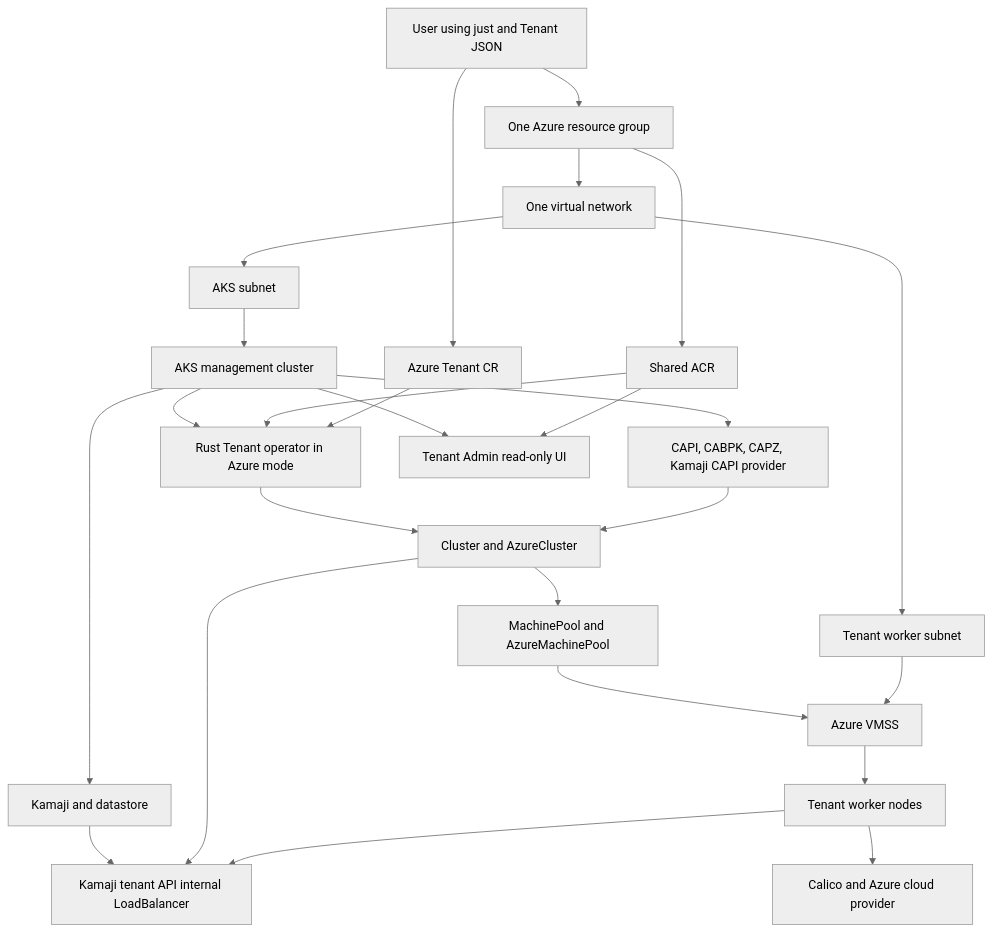
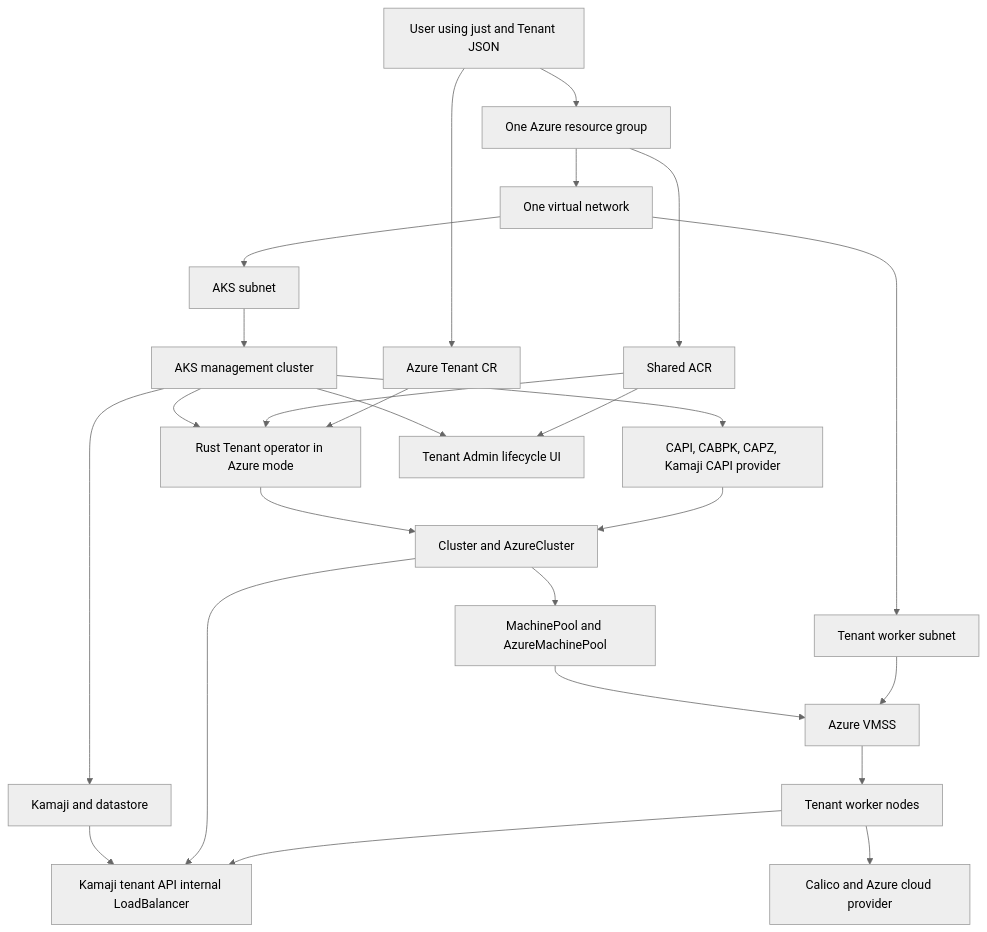
Before and after one commit to youyuanwu/cnpg-vcluster: the diagram in capi/docs/azure-experiment-design.md, drawn with Mermaid (neutral theme). The commit also changed other lines of this file and 83 other files, not shown here.

First line of the commit message:
[Tenant Admin Lifecycle] Add create and delete controls (#32)

````diff
--- a/capi/docs/azure-experiment-design.md
+++ b/capi/docs/azure-experiment-design.md
@@ -83,46 +83,46 @@
 ```mermaid
 flowchart TB
   User[User using just and Tenant JSON]
   AzureRG[One Azure resource group]
   VNet[One virtual network]
   AKSSubnet[AKS subnet]
   TenantSubnet[Tenant worker subnet]
   AKS[AKS management cluster]
   ACR[Shared ACR]
   Controllers[CAPI, CABPK, CAPZ, Kamaji CAPI provider]
   TenantOperator[Rust Tenant operator in Azure mode]
-  Admin[Tenant Admin read-only UI]
+  Admin[Tenant Admin lifecycle UI]
   TenantCR[Azure Tenant CR]
   Kamaji[Kamaji and datastore]
   TenantAPI[Kamaji tenant API internal LoadBalancer]
   Cluster[Cluster and AzureCluster]
   Pool[MachinePool and AzureMachinePool]
   VMSS[Azure VMSS]
   Workers[Tenant worker nodes]
   Addons[Calico and Azure cloud provider]
 
   User --> TenantCR
   User --> AzureRG
   AzureRG --> VNet
   AzureRG --> ACR
   VNet --> AKSSubnet
   VNet --> TenantSubnet
   AKSSubnet --> AKS
   AKS --> Controllers
   AKS --> TenantOperator
   AKS --> Admin
   ACR --> TenantOperator
   ACR --> Admin
   TenantCR --> TenantOperator
   TenantOperator --> Cluster
   AKS --> Kamaji
   Kamaji --> TenantAPI
   Controllers --> Cluster
   Cluster --> TenantAPI
   Cluster --> Pool
   Pool --> VMSS
   TenantSubnet --> VMSS
   VMSS --> Workers
   Workers --> TenantAPI
   Workers --> Addons
 ```
````
